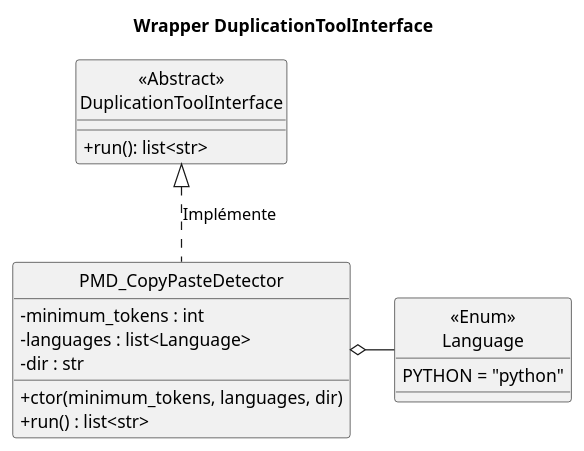
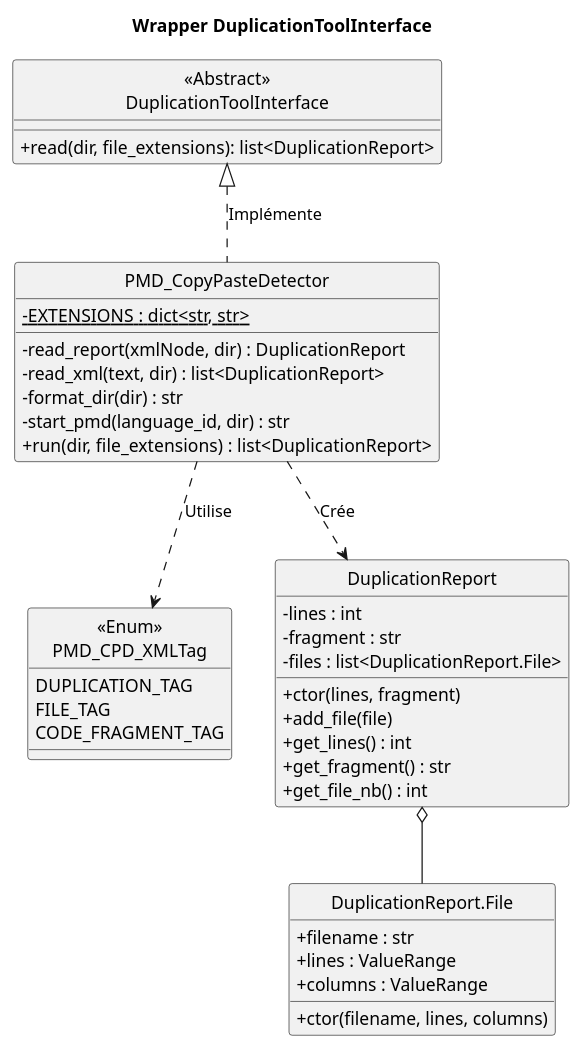
The diagram in doc/wiki/puml/duplication_pmd_cpd.puml (CAMaji/technical_debts), drawn with PlantUML before and after one commit. The commit also changed 6 other files, not shown here.

```diff
--- a/doc/wiki/puml/duplication_pmd_cpd.puml
+++ b/doc/wiki/puml/duplication_pmd_cpd.puml
@@ -1,25 +1,48 @@
 @startuml duplication_pmd_cpd
 hide circle
 skinparam classAttributeIconSize 0
 title Wrapper DuplicationToolInterface
 
 class "<<Abstract>>\nDuplicationToolInterface" as DuplicationToolInterface {
-    + run(): list<str>
-}
-
-enum "<<Enum>>\nLanguage" as PMD_CPD_Language {
-    PYTHON = "python"
+    + read(dir, file_extensions): list<DuplicationReport>
 }
 
 class PMD_CopyPasteDetector {
-    - minimum_tokens : int
-    - languages : list<Language>
-    - dir : str
-    + ctor(minimum_tokens, languages, dir) 
-    + run() : list<str>
+    - {static} EXTENSIONS : dict<str, str>
+    - read_report(xmlNode, dir) : DuplicationReport
+    - read_xml(text, dir) : list<DuplicationReport>
+    - format_dir(dir) : str
+    - start_pmd(language_id, dir) : str
+    + run(dir, file_extensions) : list<DuplicationReport>
 }
 
+enum "<<Enum>>\nPMD_CPD_XMLTag" as PMD_CPD_XMLTag {
+    DUPLICATION_TAG
+    FILE_TAG
+    CODE_FRAGMENT_TAG
+}
+
+class DuplicationReport {
+    - lines : int
+    - fragment : str
+    - files : list<DuplicationReport.File>
+    + ctor(lines, fragment)
+    + add_file(file)
+    + get_lines() : int
+    + get_fragment() : str
+    + get_file_nb() : int
+}
+
+class "DuplicationReport.File" as DRFile {
+    + filename : str
+    + lines : ValueRange
+    + columns : ValueRange
+    + ctor(filename, lines, columns)
+}
+
+DuplicationReport o-down- DRFile
 PMD_CopyPasteDetector .up.|> DuplicationToolInterface : "Implémente"
-PMD_CopyPasteDetector o-right- PMD_CPD_Language
+PMD_CopyPasteDetector .down.> PMD_CPD_XMLTag : "Utilise"
+PMD_CopyPasteDetector .down.> DuplicationReport : "Crée"
 
 @enduml
```
